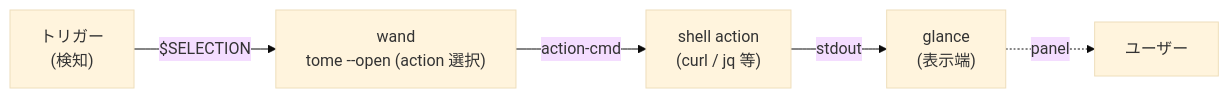
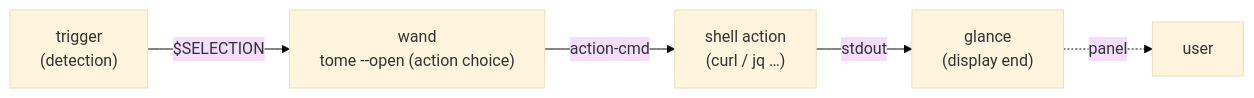
Before and after one commit to akira-toriyama/glance: the first of 2 diagrams in docs/glossary.md, drawn with Mermaid (base theme). The commit also changed other lines of this file and 15 other files, not shown here.

````diff
--- a/docs/glossary.md
+++ b/docs/glossary.md
@@ -32,12 +32,12 @@
 ```mermaid
 flowchart LR
-  TRIGGER["トリガー<br/>(検知)"]
-  WAND["wand<br/>tome --open (action 選択)"]
-  SHELL["shell action<br/>(curl / jq 等)"]
-  GLANCE["glance<br/>(表示端)"]
-  USER["ユーザー"]
+  TRIGGER["trigger<br/>(detection)"]
+  WAND["wand<br/>tome --open (action choice)"]
+  SHELL["shell action<br/>(curl / jq …)"]
+  GLANCE["glance<br/>(display end)"]
+  USER["user"]
   TRIGGER -->|"$SELECTION"| WAND
   WAND -->|"action-cmd"| SHELL
   SHELL -->|"stdout"| GLANCE
   GLANCE -.panel.-> USER
 ```
````
